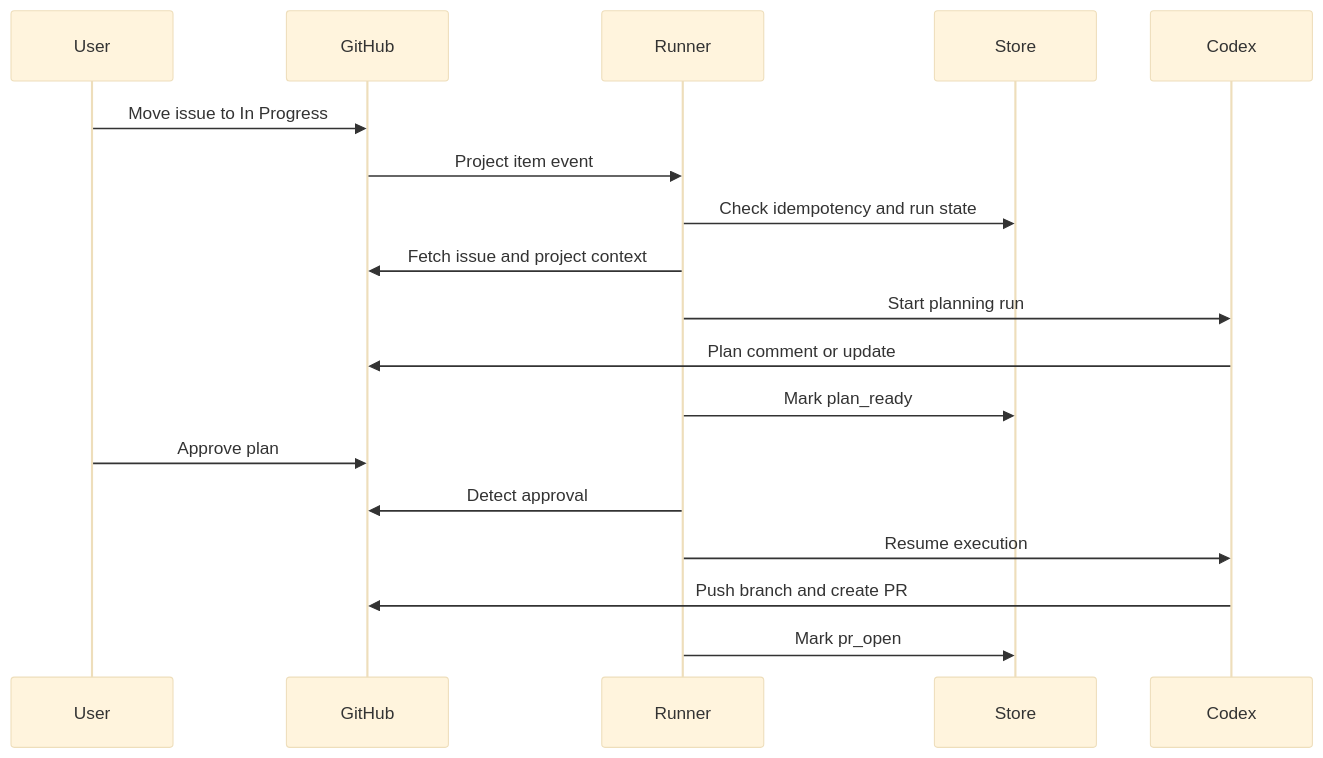
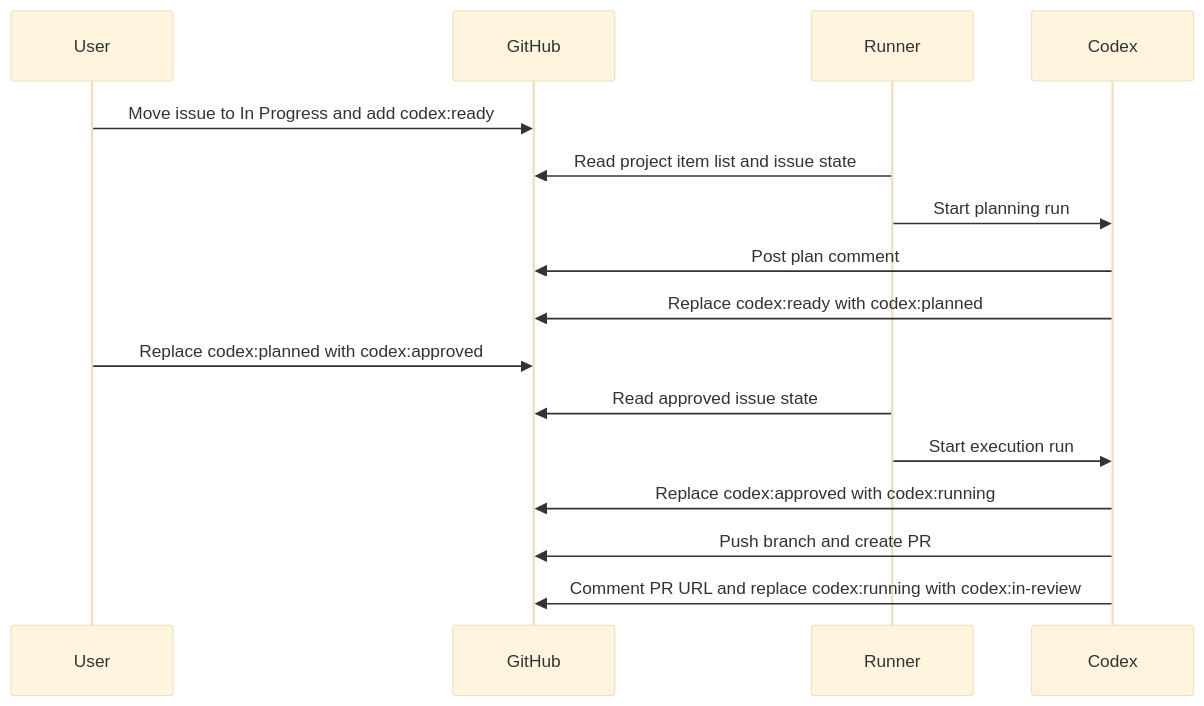
The diagram in docs/issue-runner-technical-design.md (rriley99-oci/delphi), drawn with Mermaid (base theme) before and after one commit. The commit also changed other lines of this file and 7 other files, not shown here.

Commit message:
Add codex issue runner automation workflow

````diff
--- a/docs/issue-runner-technical-design.md
+++ b/docs/issue-runner-technical-design.md
@@ -55,21 +81,19 @@
 ```mermaid
 sequenceDiagram
     participant User
     participant GitHub
     participant Runner
-    participant Store
     participant Codex
 
-    User->>GitHub: Move issue to In Progress
-    GitHub->>Runner: Project item event
-    Runner->>Store: Check idempotency and run state
-    Runner->>GitHub: Fetch issue and project context
+    User->>GitHub: Move issue to In Progress and add codex:ready
+    Runner->>GitHub: Read project item list and issue state
     Runner->>Codex: Start planning run
-    Codex->>GitHub: Plan comment or update
-    Runner->>Store: Mark plan_ready
-    User->>GitHub: Approve plan
-    Runner->>GitHub: Detect approval
-    Runner->>Codex: Resume execution
+    Codex->>GitHub: Post plan comment
+    Codex->>GitHub: Replace codex:ready with codex:planned
+    User->>GitHub: Replace codex:planned with codex:approved
+    Runner->>GitHub: Read approved issue state
+    Runner->>Codex: Start execution run
+    Codex->>GitHub: Replace codex:approved with codex:running
     Codex->>GitHub: Push branch and create PR
-    Runner->>Store: Mark pr_open
+    Codex->>GitHub: Comment PR URL and replace codex:running with codex:in-review
 ```
````
